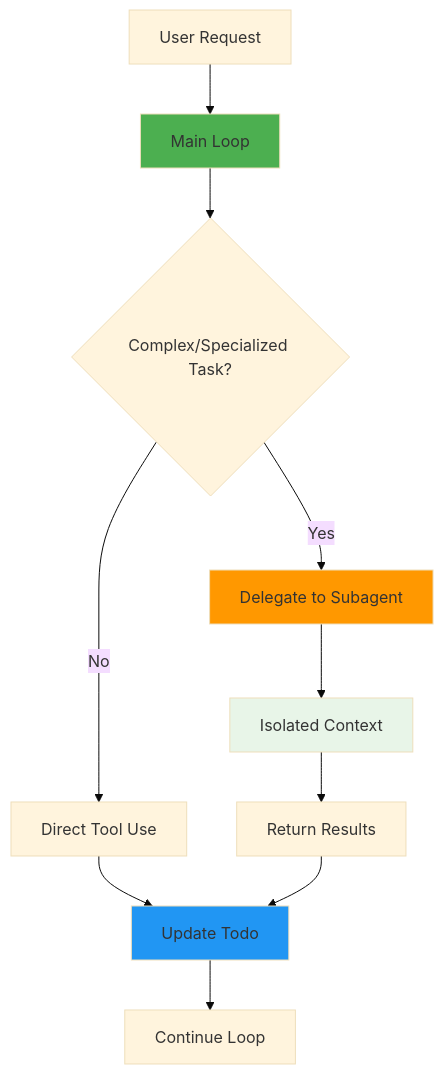
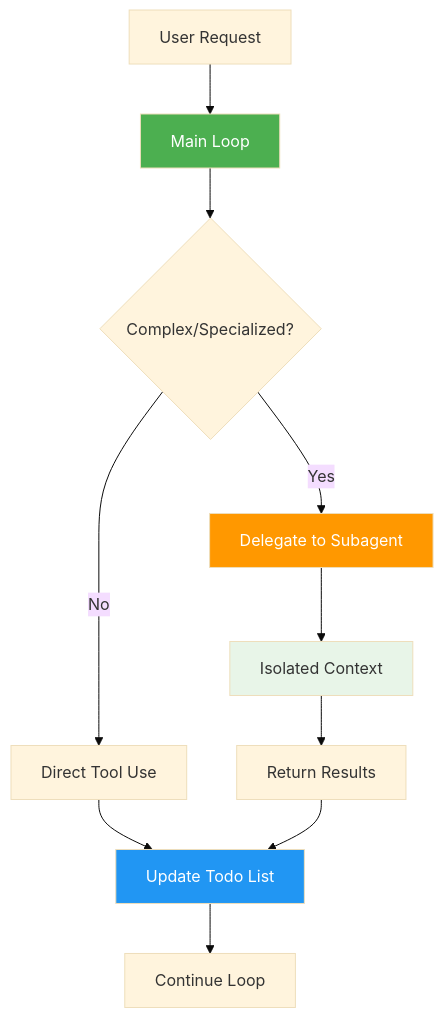
One commit to mldangelo/eairg-coding-agent-talk changed the second of 4 diagrams in talk.md. Above: the diagram before and after it, drawn with Mermaid (base theme). The commit also changed other lines of this file, not shown here.

````diff
--- a/talk.md
+++ b/talk.md
@@ -301,17 +242,17 @@
 ```mermaid
 graph TD
     A[User Request] --> B[Main Loop]
-    B --> C{Complex/Specialized Task?}
+    B --> C{Complex/Specialized?}
     C -->|No| D[Direct Tool Use]
     C -->|Yes| E[Delegate to Subagent]
     E --> F[Isolated Context]
     F --> G[Return Results]
-    D --> H[Update Todo]
+    D --> H[Update Todo List]
     G --> H
     H --> I[Continue Loop]
 
-    style B fill:#4caf50
-    style E fill:#ff9800
+    style B fill:#4caf50,color:#fff
+    style E fill:#ff9800,color:#fff
     style F fill:#e8f5e8
-    style H fill:#2196f3
+    style H fill:#2196f3,color:#fff
 ```
````
